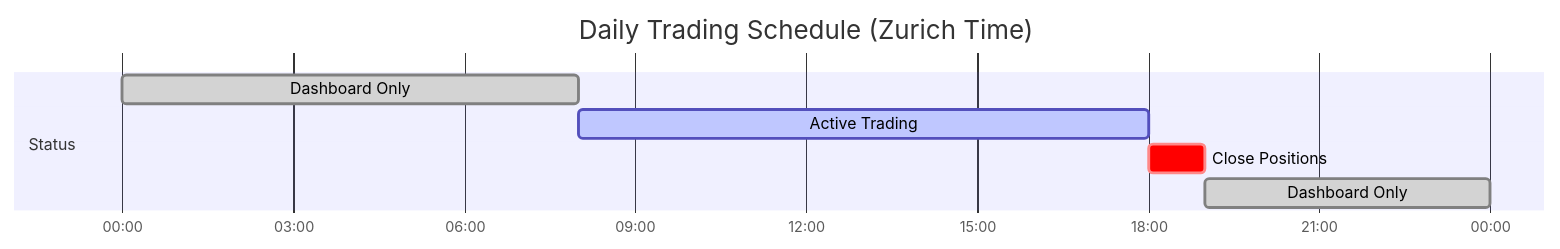
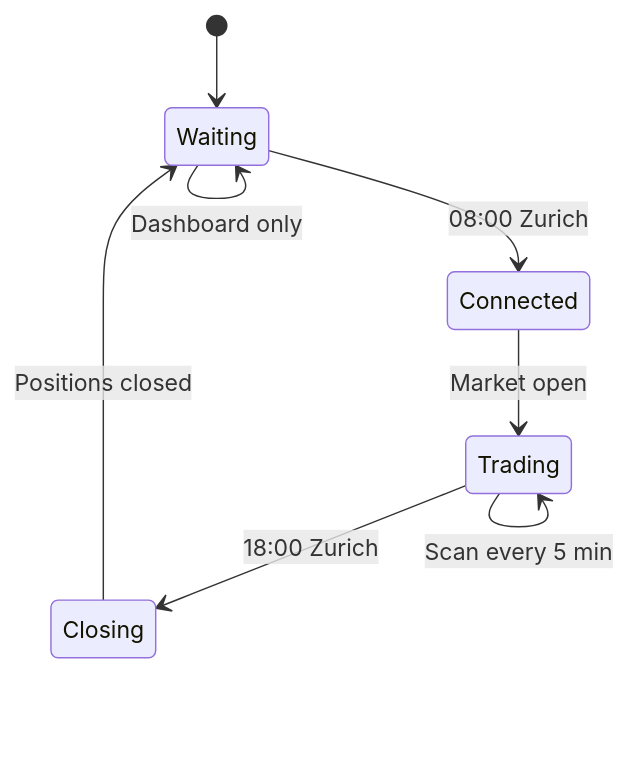
One commit to grodcas/tradebot changed the third of 3 diagrams in docs/STRUCTURE.md. Above: the diagram before and after it, drawn with Mermaid. The commit also changed other lines of this file and 12 other files, not shown here.

````diff
--- a/docs/STRUCTURE.md
+++ b/docs/STRUCTURE.md
@@ -123,12 +81,10 @@
 ```mermaid
-gantt
-    title Daily Trading Schedule (Zurich Time)
-    dateFormat HH:mm
-    axisFormat %H:%M
-
-    section Status
-    Dashboard Only     :done, 00:00, 8h
-    Active Trading     :active, 08:00, 10h
-    Close Positions    :crit, 18:00, 1h
-    Dashboard Only     :done, 19:00, 5h
+stateDiagram-v2
+    [*] --> Waiting
+    Waiting --> Connected : 08:00 Zurich
+    Connected --> Trading : Market open
+    Trading --> Trading : Scan every 5 min
+    Trading --> Closing : 18:00 Zurich
+    Closing --> Waiting : Positions closed
+    Waiting --> Waiting : Dashboard only
 ```
````
